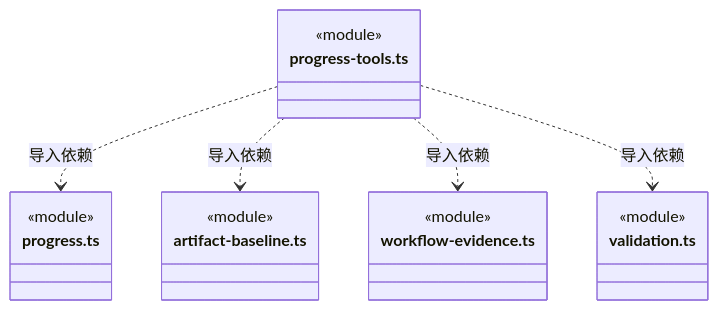
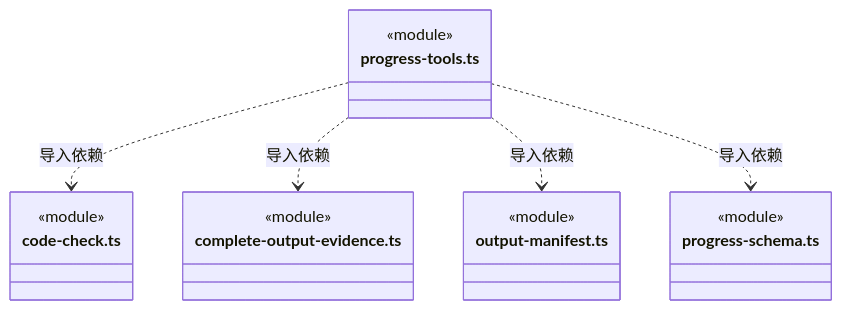
One commit to nan023062/cbim changed diagram 39 of 46 in src/logic/evidence/rules/ARCHITECTURE.md. Above: the diagram before and after it, drawn with Mermaid. The commit also changed other lines of this file and 112 other files, not shown here.

Commit message:
docs: align source architecture with current declarations and contracts

````diff
--- a/src/logic/evidence/rules/ARCHITECTURE.md
+++ b/src/logic/evidence/rules/ARCHITECTURE.md
@@ -904,22 +895,22 @@
 ```mermaid
 classDiagram
 class N_src_logic_evidence_rules_progress_tools_ts["progress-tools.ts"] {
   <<module>>
 }
-class N_src_logic_evidence_rules_progress_ts["progress.ts"] {
+class N_src_logic_evidence_rules_code_check_ts["code-check.ts"] {
   <<module>>
 }
-class N_src_logic_evidence_rules_artifact_baseline_ts["artifact-baseline.ts"] {
+class N_src_logic_evidence_rules_complete_output_evidence_ts["complete-output-evidence.ts"] {
   <<module>>
 }
-class N_src_logic_evidence_rules_workflow_evidence_ts["workflow-evidence.ts"] {
+class N_src_logic_evidence_rules_output_manifest_ts["output-manifest.ts"] {
   <<module>>
 }
-class N_src_logic_evidence_rules_validation_ts["validation.ts"] {
+class N_src_logic_evidence_rules_progress_schema_ts["progress-schema.ts"] {
   <<module>>
 }
-N_src_logic_evidence_rules_progress_tools_ts ..> N_src_logic_evidence_rules_progress_ts : 导入依赖
-N_src_logic_evidence_rules_progress_tools_ts ..> N_src_logic_evidence_rules_artifact_baseline_ts : 导入依赖
-N_src_logic_evidence_rules_progress_tools_ts ..> N_src_logic_evidence_rules_workflow_evidence_ts : 导入依赖
-N_src_logic_evidence_rules_progress_tools_ts ..> N_src_logic_evidence_rules_validation_ts : 导入依赖
+N_src_logic_evidence_rules_progress_tools_ts ..> N_src_logic_evidence_rules_code_check_ts : 导入依赖
+N_src_logic_evidence_rules_progress_tools_ts ..> N_src_logic_evidence_rules_complete_output_evidence_ts : 导入依赖
+N_src_logic_evidence_rules_progress_tools_ts ..> N_src_logic_evidence_rules_output_manifest_ts : 导入依赖
+N_src_logic_evidence_rules_progress_tools_ts ..> N_src_logic_evidence_rules_progress_schema_ts : 导入依赖
 ```
````
